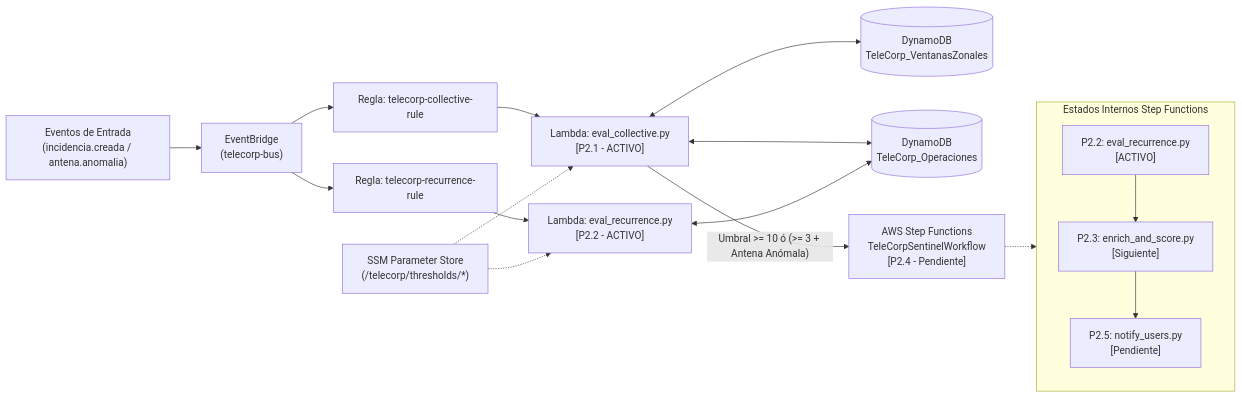
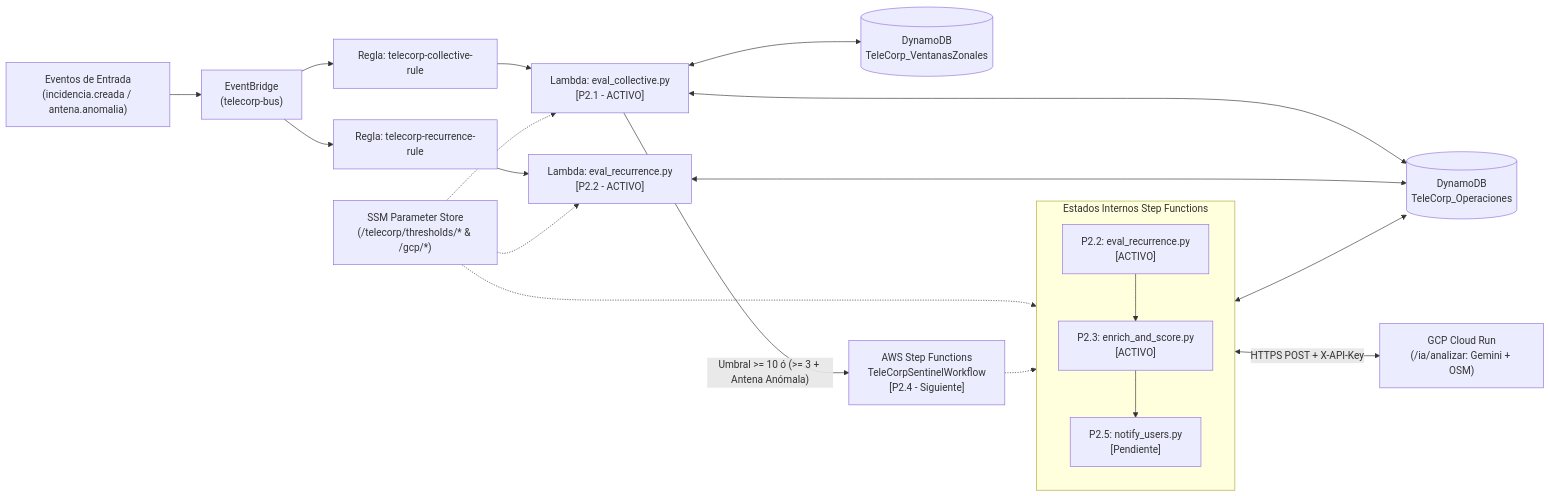
One commit to jose-lam/hackaton_cloud_computing changed the diagram in orquestacion/README_P2.md. Above: the diagram before and after it, drawn with Mermaid. The commit also changed other lines of this file and 1 other file, not shown here.

Commit message:
Puente Multi-Cloud AWS $\rightarrow$ GCP y Cálculo de Prioridad

````diff
--- a/orquestacion/README_P2.md
+++ b/orquestacion/README_P2.md
@@ -7,23 +7,25 @@
 ```mermaid
 flowchart LR
     IN["Eventos de Entrada\n(incidencia.creada / antena.anomalia)"] --> EB["EventBridge\n(telecorp-bus)"]
     EB --> RULE_C["Regla: telecorp-collective-rule"]
     EB --> RULE_R["Regla: telecorp-recurrence-rule"]
 
     RULE_C --> L_COL["Lambda: eval_collective.py\n[P2.1 - ACTIVO]"]
     RULE_R --> L_REC["Lambda: eval_recurrence.py\n[P2.2 - ACTIVO]"]
 
-    SSM["SSM Parameter Store\n(/telecorp/thresholds/*)"] -.-> L_COL & L_REC
+    SSM["SSM Parameter Store\n(/telecorp/thresholds/* & /gcp/*)"] -.-> L_COL & L_REC & S2
     L_COL <--> DDB_V[("DynamoDB\nTeleCorp_VentanasZonales")]
     L_COL <--> DDB_O[("DynamoDB\nTeleCorp_Operaciones")]
     L_REC <--> DDB_O
 
-    L_COL -->|"Umbral >= 10 ó (>= 3 + Antena Anómala)"| SFN["AWS Step Functions\nTeleCorpSentinelWorkflow\n[P2.4 - Pendiente]"]
+    L_COL -->|"Umbral >= 10 ó (>= 3 + Antena Anómala)"| SFN["AWS Step Functions\nTeleCorpSentinelWorkflow\n[P2.4 - Siguiente]"]
 
     subgraph FLUJO_SFN ["Estados Internos Step Functions"]
         direction TB
-        S1["P2.2: eval_recurrence.py\n[ACTIVO]"] --> S2["P2.3: enrich_and_score.py\n[Siguiente]"] --> S3["P2.5: notify_users.py\n[Pendiente]"]
+        S1["P2.2: eval_recurrence.py\n[ACTIVO]"] --> S2["P2.3: enrich_and_score.py\n[ACTIVO]"] --> S3["P2.5: notify_users.py\n[Pendiente]"]
     end
 
     SFN -.-> FLUJO_SFN
+    S2 <-->|"HTTPS POST + X-API-Key"| GCP["GCP Cloud Run\n(/ia/analizar: Gemini + OSM)"]
+    S2 <--> DDB_O
 ```
````
